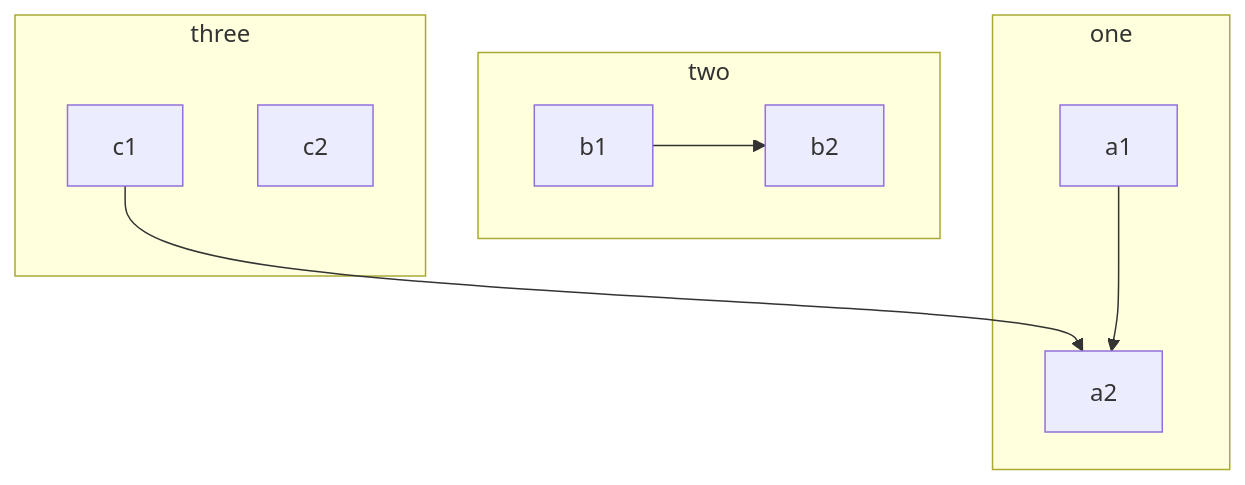
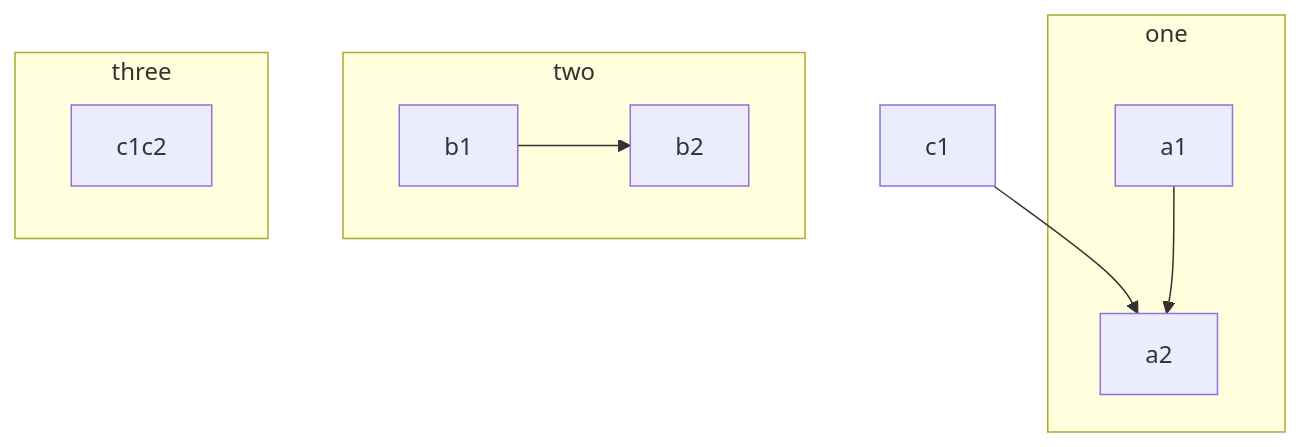
One commit to gerbssusd/dok changed the diagram in slides.md. Above: the diagram before and after it, drawn with Mermaid.

````diff
--- a/slides.md
+++ b/slides.md
@@ -217,20 +217,19 @@
 ```mermaid
 flowchart TB
     c1-->a2
     subgraph one
     a1-->a2
     end
     subgraph two
     b1-->b2
     end
     subgraph three
-    c1
- c2
+    c1c2
     end
 
 
 
 
 
 
 ```
````
